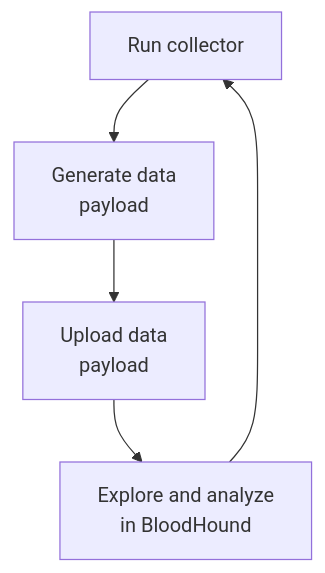
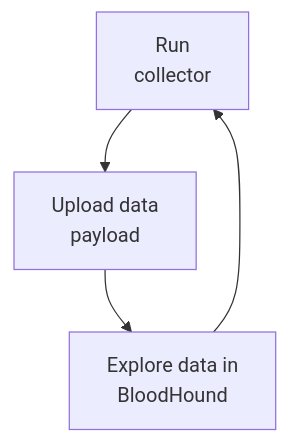
One commit to SpecterOps/bloodhound-docs changed the second of 2 diagrams in docs/opengraph/extensions/manage.mdx. Above: the diagram before and after it, drawn with Mermaid. The commit also changed other lines of this file, not shown here.

Commit message:
wip: minor diagram tweaks

````diff
--- a/docs/opengraph/extensions/manage.mdx
+++ b/docs/opengraph/extensions/manage.mdx
@@ -133,8 +133,7 @@
 ```mermaid
 flowchart TB
-	a["Run collector"]
-	a-->b["Generate data\npayload"]
-	b-->c["Upload data\npayload"]
-	c-->d["Explore and analyze\nin BloodHound"]
-	d-->a
+	a["Run<br/>collector"]
+    a-->b["Upload data<br/>payload"]
+	b-->c["Explore data in<br/>BloodHound"]
+	c-->a
 ```
````
